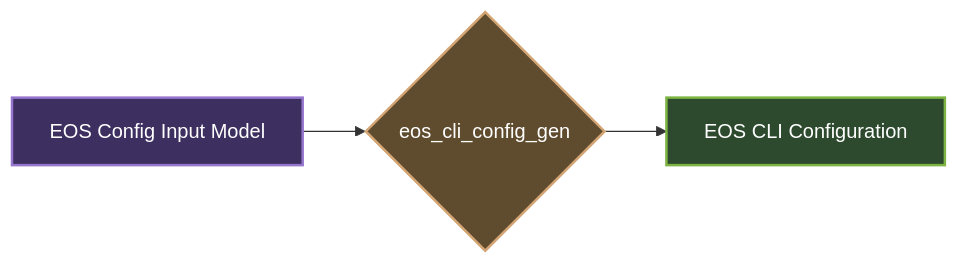
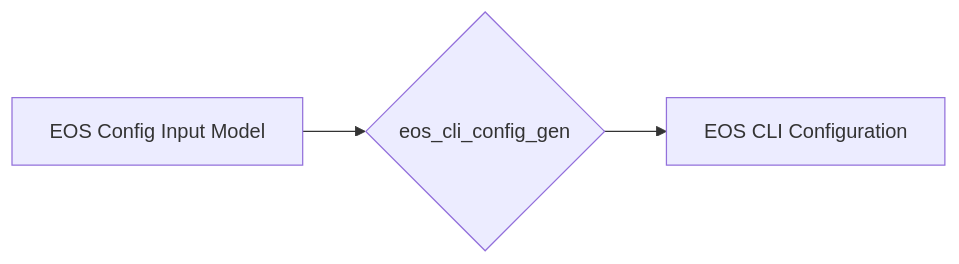
Before and after one commit to aristanetworks/avd: the first of 8 diagrams in docs/getting-started/avd-usage-patterns.md, drawn with Mermaid. The commit also changed other lines of this file, not shown here.

````diff
--- a/docs/getting-started/avd-usage-patterns.md
+++ b/docs/getting-started/avd-usage-patterns.md
@@ -20,9 +20,5 @@
 ```mermaid
 graph LR
     A[EOS Config Input Model] --> B{eos_cli_config_gen}
     B --> C[EOS CLI Configuration]
-
-    style A fill:#3d2f5f,stroke:#9575cd,stroke-width:2px,color:#fff
-    style B fill:#5f4c2e,stroke:#d4a574,stroke-width:2px,color:#fff
-    style C fill:#2d4a2e,stroke:#7cb342,stroke-width:2px,color:#fff
 ```
````
